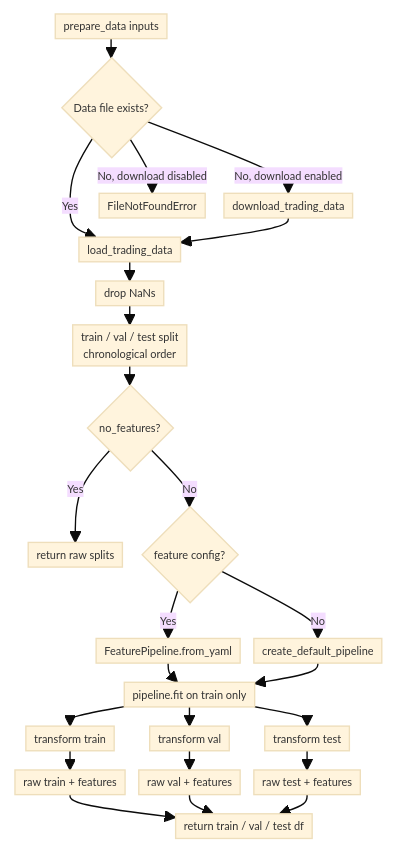
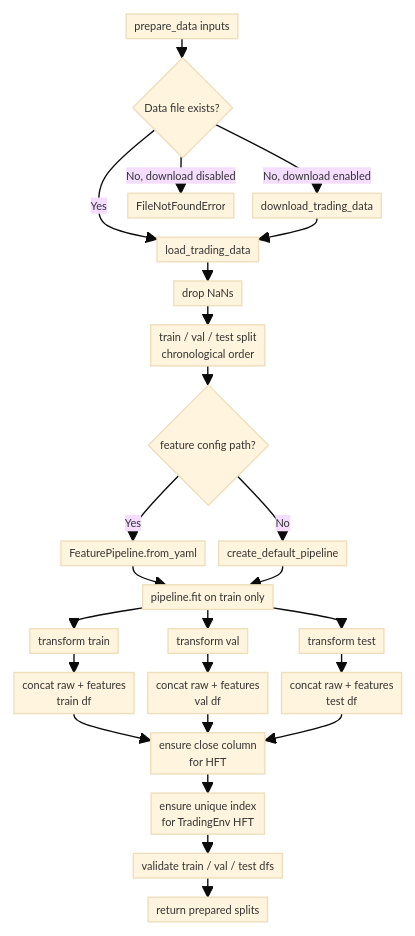
Before and after one commit to kwojdalski/masters_thesis: the fifth of 5 diagrams in thesis/qmd/src/99-appendix.qmd, drawn with Mermaid.

Commit message:
Update data pipeline appendix diagram

````diff
--- a/thesis/qmd/src/99-appendix.qmd
+++ b/thesis/qmd/src/99-appendix.qmd
@@ -353,30 +353,31 @@
 ```{mermaid}
 %%| fig-align: center
 %%| fig-width: 3.5
-%%| fig-height: 6
+%%| fig-height: 6.8
 %%{init: {'theme': 'base', 'themeVariables': {'fontSize': '8px'}, 'flowchart': {'nodeSpacing': 10, 'rankSpacing': 14, 'padding': 3, 'useMaxWidth': true}}}%%
 flowchart TD
     A[prepare_data inputs] --> B{Data file exists?}
     B -- No, download enabled --> C[download_trading_data]
     B -- No, download disabled --> D[FileNotFoundError]
     B -- Yes --> E[load_trading_data]
     C --> E
     E --> F[drop NaNs]
     F --> G[train / val / test split<br/>chronological order]
-    G --> H{no_features?}
-    H -- Yes --> I[return raw splits]
-    H -- No --> J{feature config?}
-    J -- Yes --> K[FeaturePipeline.from_yaml]
-    J -- No --> L[create_default_pipeline]
-    K --> M[pipeline.fit on train only]
-    L --> M
-    M --> N[transform train]
-    M --> O[transform val]
-    M --> P[transform test]
-    N --> Q[raw train + features]
-    O --> R[raw val + features]
-    P --> S[raw test + features]
-    Q --> T[return train / val / test df]
-    R --> T
-    S --> T
+    G --> H{feature config path?}
+    H -- Yes --> I[FeaturePipeline.from_yaml]
+    H -- No --> J[create_default_pipeline]
+    I --> K[pipeline.fit on train only]
+    J --> K
+    K --> L[transform train]
+    K --> M[transform val]
+    K --> N[transform test]
+    L --> O[concat raw + features<br/>train df]
+    M --> P[concat raw + features<br/>val df]
+    N --> Q[concat raw + features<br/>test df]
+    O --> R[ensure close column<br/>for HFT]
+    P --> R
+    Q --> R
+    R --> S[ensure unique index<br/>for TradingEnv HFT]
+    S --> T[validate train / val / test dfs]
+    T --> U[return prepared splits]
 ```
````
